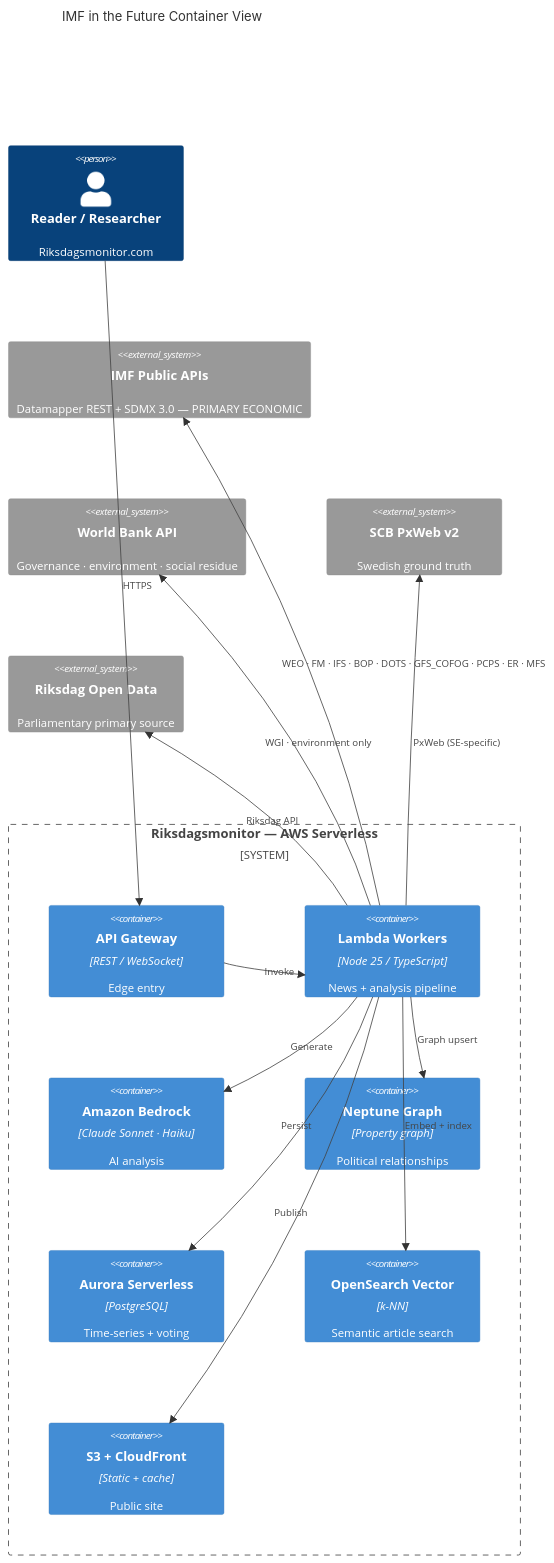
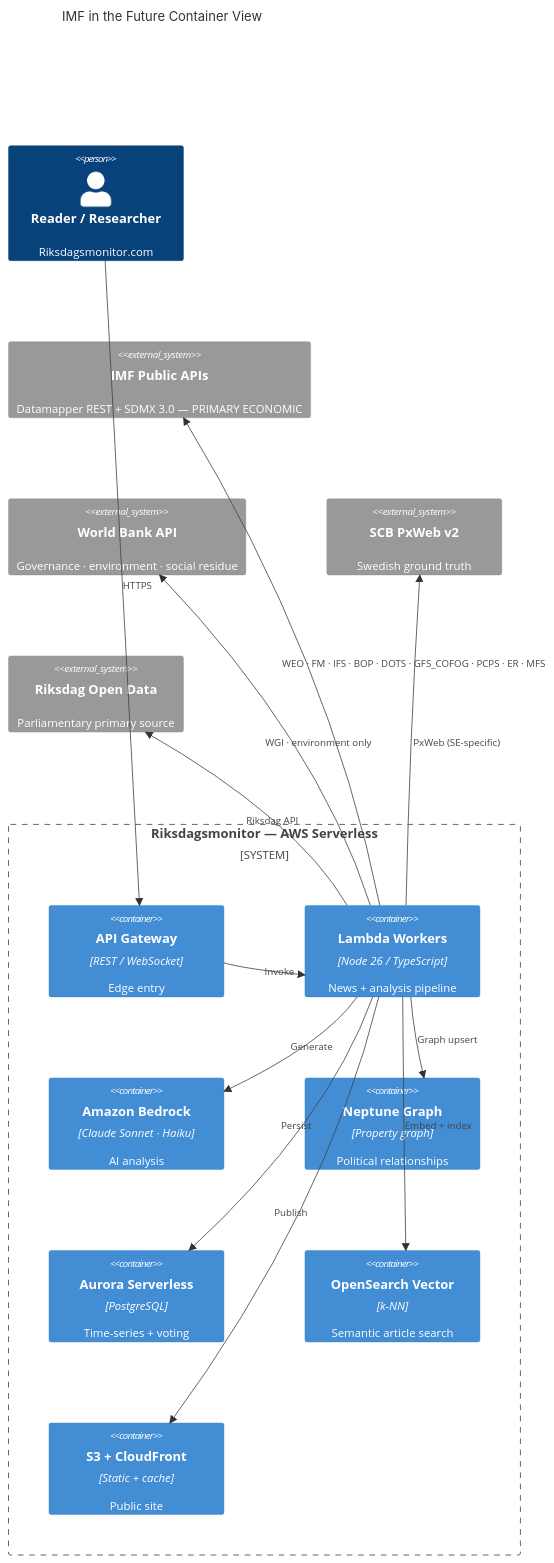
One commit to Hack23/riksdagsmonitor changed diagram 15 of 15 in FUTURE_ARCHITECTURE.md. Above: the diagram before and after it, drawn with Mermaid. The commit also changed other lines of this file and 53 other files, not shown here.

````diff
--- a/FUTURE_ARCHITECTURE.md
+++ b/FUTURE_ARCHITECTURE.md
@@ -2006,29 +2006,29 @@
 ```mermaid
 C4Container
     title IMF in the Future Container View
     Person(reader, "Reader / Researcher", "Riksdagsmonitor.com")
     System_Boundary(rm, "Riksdagsmonitor — AWS Serverless") {
         Container(api, "API Gateway", "REST / WebSocket", "Edge entry")
-        Container(lambda, "Lambda Workers", "Node 25 / TypeScript", "News + analysis pipeline")
+        Container(lambda, "Lambda Workers", "Node 26 / TypeScript", "News + analysis pipeline")
         Container(bedrock, "Amazon Bedrock", "Claude Sonnet · Haiku", "AI analysis")
         Container(neptune, "Neptune Graph", "Property graph", "Political relationships")
         Container(aurora, "Aurora Serverless", "PostgreSQL", "Time-series + voting")
         Container(opensearch, "OpenSearch Vector", "k-NN", "Semantic article search")
         Container(s3, "S3 + CloudFront", "Static + cache", "Public site")
     }
     System_Ext(imf, "IMF Public APIs", "Datamapper REST + SDMX 3.0 — PRIMARY ECONOMIC")
     System_Ext(wb, "World Bank API", "Governance · environment · social residue")
     System_Ext(scb, "SCB PxWeb v2", "Swedish ground truth")
     System_Ext(rd, "Riksdag Open Data", "Parliamentary primary source")
     Rel(reader, api, "HTTPS")
     Rel(api, lambda, "Invoke")
     Rel(lambda, bedrock, "Generate")
     Rel(lambda, imf, "WEO · FM · IFS · BOP · DOTS · GFS_COFOG · PCPS · ER · MFS")
     Rel(lambda, wb, "WGI · environment only")
     Rel(lambda, scb, "PxWeb (SE-specific)")
     Rel(lambda, rd, "Riksdag API")
     Rel(lambda, aurora, "Persist")
     Rel(lambda, neptune, "Graph upsert")
     Rel(lambda, opensearch, "Embed + index")
     Rel(lambda, s3, "Publish")
 ```
````
